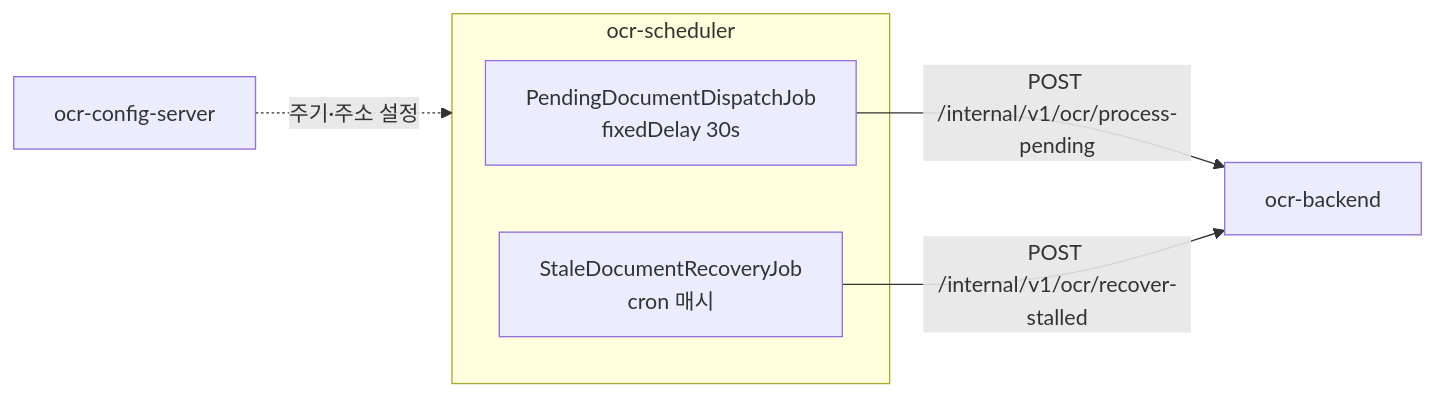
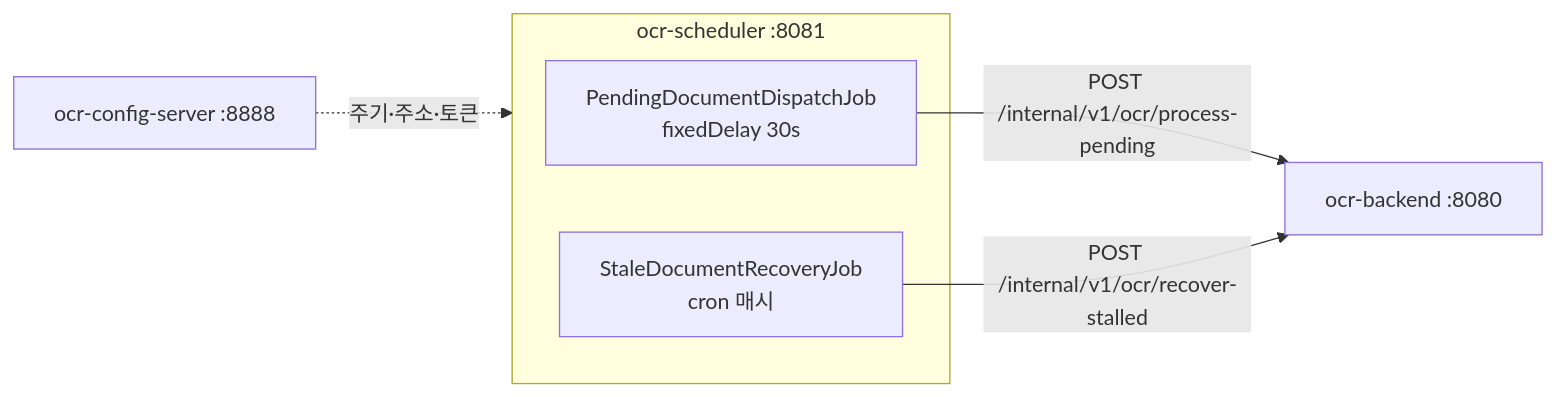
One commit to hyunolike/ai.ocr-automation.system-backend.scheduler changed the diagram in README.md. Above: the diagram before and after it, drawn with Mermaid. The commit also changed other lines of this file, not shown here.

````diff
--- a/README.md
+++ b/README.md
@@ -33,10 +185,10 @@
 ```mermaid
 flowchart LR
-    subgraph SCHED["ocr-scheduler"]
+    subgraph SCHED["ocr-scheduler :8081"]
         J1["PendingDocumentDispatchJob<br/>fixedDelay 30s"]
         J2["StaleDocumentRecoveryJob<br/>cron 매시"]
     end
-    J1 -->|"POST /internal/v1/ocr/process-pending"| BE["ocr-backend"]
+    J1 -->|"POST /internal/v1/ocr/process-pending"| BE["ocr-backend :8080"]
     J2 -->|"POST /internal/v1/ocr/recover-stalled"| BE
-    CS["ocr-config-server"] -.->|"주기·주소 설정"| SCHED
+    CS["ocr-config-server :8888"] -.->|"주기·주소·토큰"| SCHED
 ```
````
